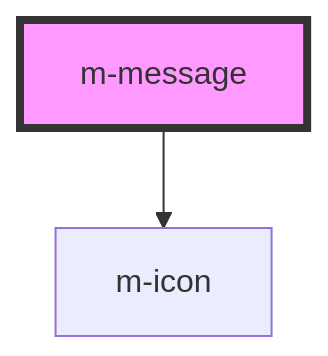
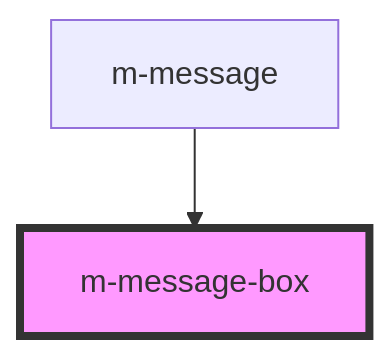
The diagram in src/components/m-message/readme.md (const-love-365-10000/mark-ui), drawn with Mermaid before and after one commit. The commit also changed other lines of this file and 23 other files, not shown here.

````diff
--- a/src/components/m-message/readme.md
+++ b/src/components/m-message/readme.md
@@ -24,5 +15,5 @@
 ```mermaid
 graph TD;
-  m-message --> m-icon
-  style m-message fill:#f9f,stroke:#333,stroke-width:4px
+  m-message --> m-message-box
+  style m-message-box fill:#f9f,stroke:#333,stroke-width:4px
 ```
````
